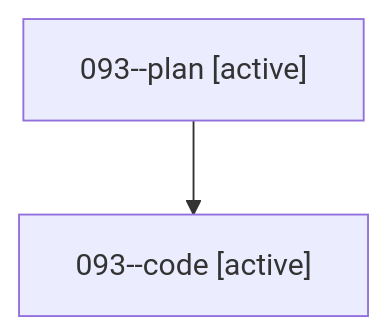
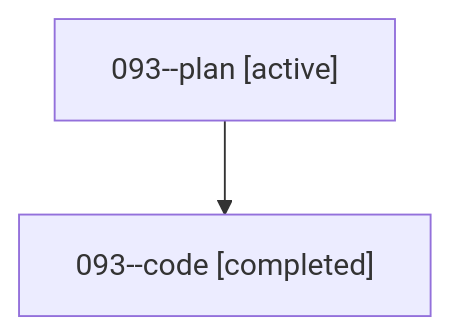
Before and after one commit to sase-org/sase--agents: the diagram in families/bbugyi200.athena.093.md, drawn with Mermaid. The commit also changed other lines of this file and 35830 other files, not shown here.

````diff
--- a/families/bbugyi200.athena.093.md
+++ b/families/bbugyi200.athena.093.md
@@ -9,6 +9,6 @@
 ```mermaid
 flowchart TD
   n0["093--plan [active]"]
-  n1["093--code [active]"]
+  n1["093--code [completed]"]
   n0 --> n1
 ```
````
